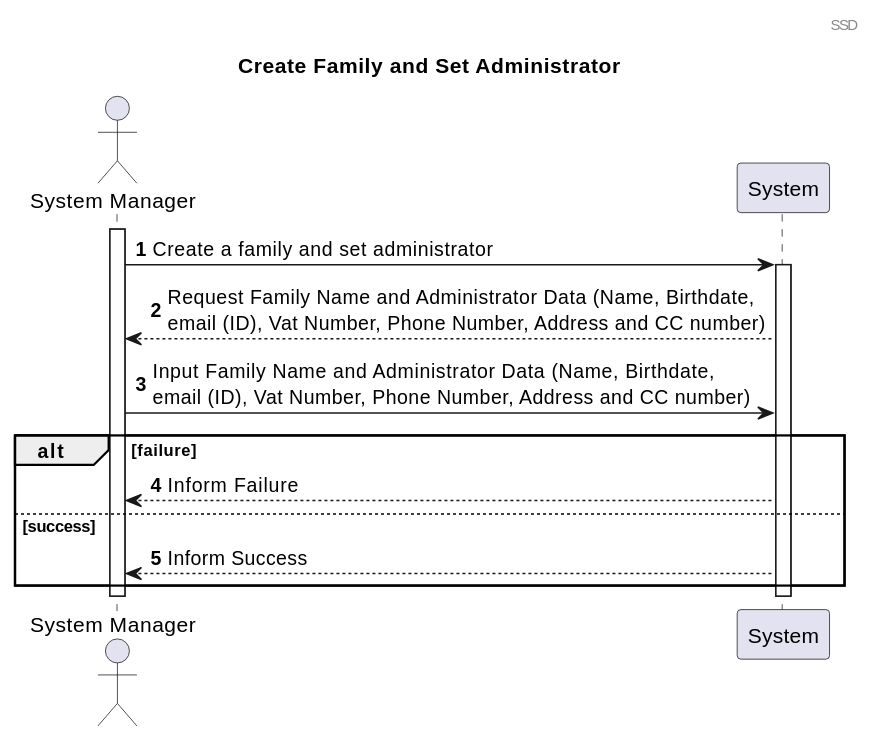
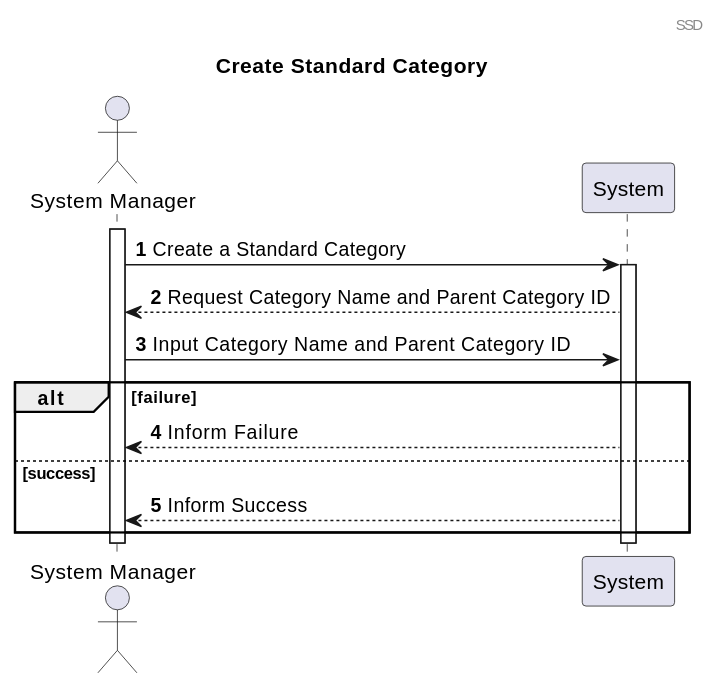
The first of 4 diagrams in docs/sprint3/user_stories/US001_CreateStandarCategory.md (tomas-osswald/switch_2020_g3), drawn with PlantUML before and after one commit. The commit also changed other lines of this file, not shown here.

````diff
--- a/docs/sprint3/user_stories/US001_CreateStandarCategory.md
+++ b/docs/sprint3/user_stories/US001_CreateStandarCategory.md
@@ -8,22 +8,22 @@
 ```plantuml
 @startuml
 
 header SSD
-title Create Family and Set Administrator
+title Create Standard Category
 autonumber
 actor "System Manager" as Actor
 participant "System" as System
 activate Actor
-Actor -> System : Create a family and set administrator
+Actor -> System : Create a Standard Category
 activate System
-System --> Actor : Request Family Name and Administrator Data (Name, Birthdate, \nemail (ID), Vat Number, Phone Number, Address and CC number)  
-Actor -> System : Input Family Name and Administrator Data (Name, Birthdate, \nemail (ID), Vat Number, Phone Number, Address and CC number)
+System --> Actor : Request Category Name and Parent Category ID   
+Actor -> System : Input Category Name and Parent Category ID 
 alt failure
 System --> Actor : Inform Failure
 else success 
 System --> Actor : Inform Success
 end
 deactivate System
 deactivate Actor
 @enduml
 ```
````
